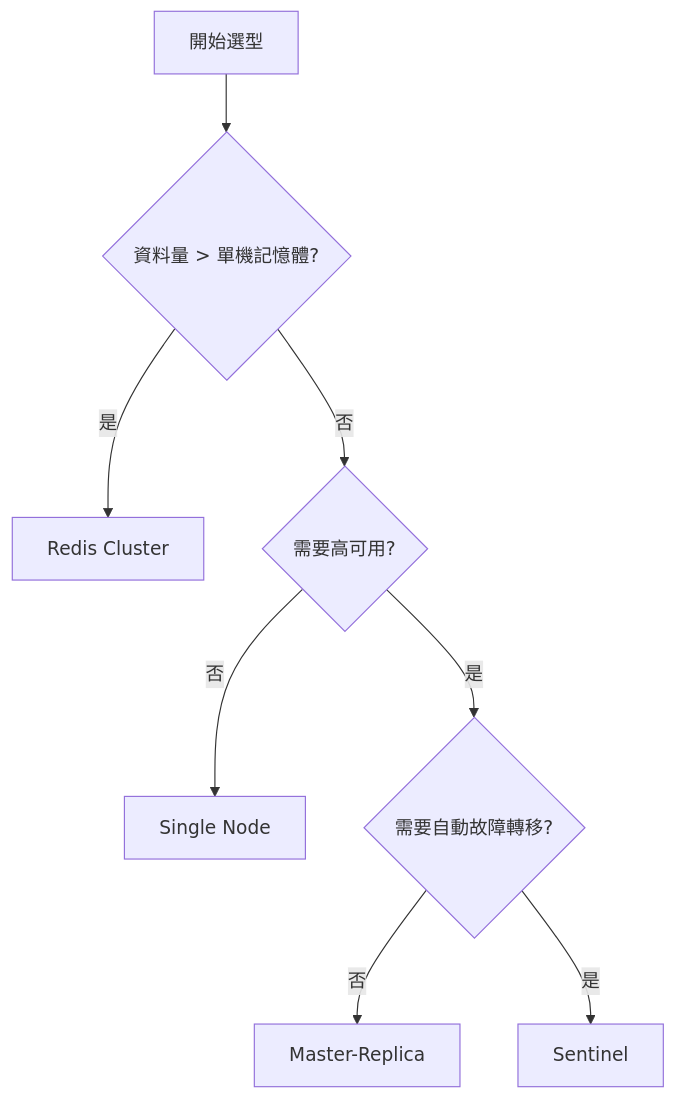
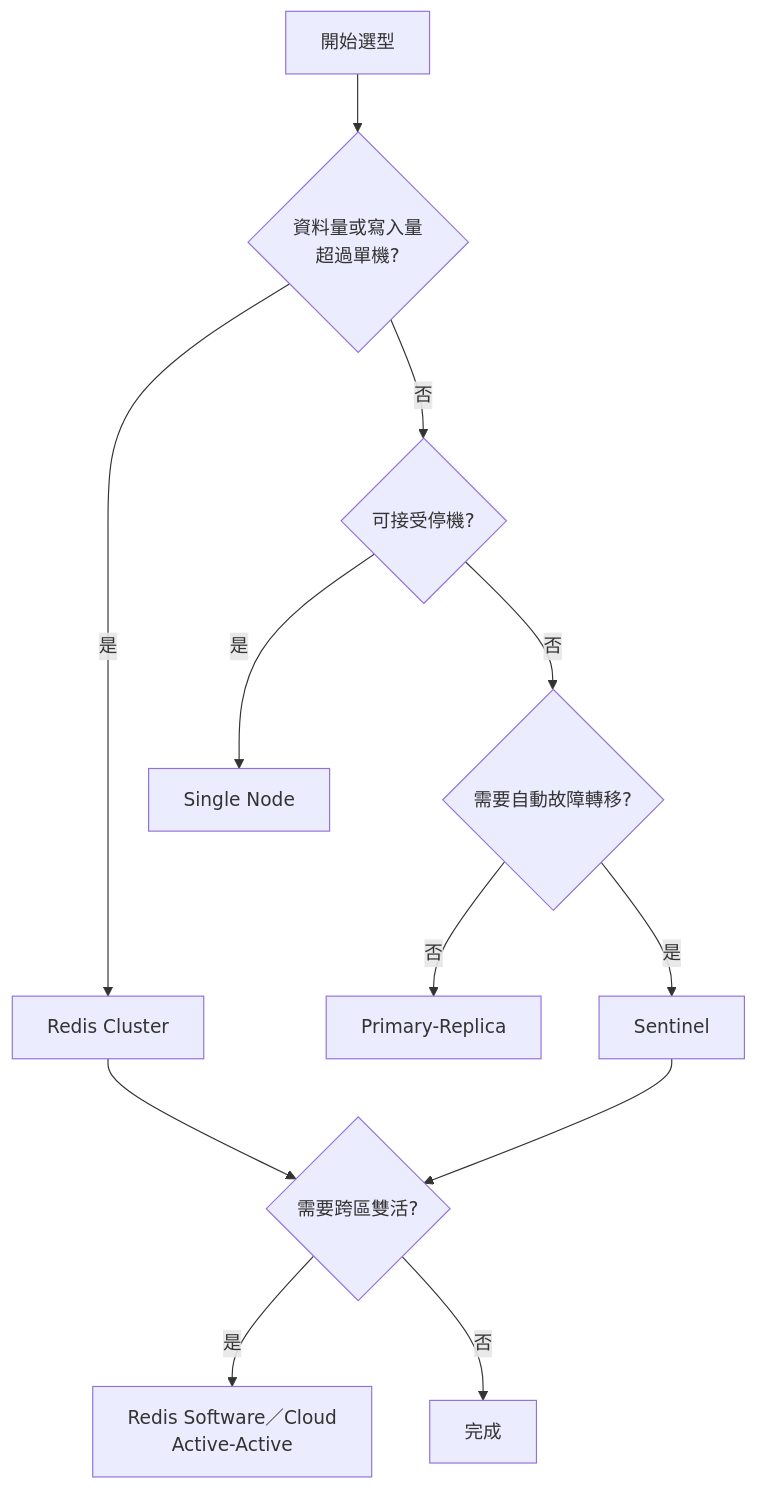
One commit to chihhung/Blog changed the eighth of 30 diagrams in content/posts/教學/工具/Redis教學手冊.md. Above: the diagram before and after it, drawn with Mermaid. The commit also changed other lines of this file and 10 other files, not shown here.

````diff
--- a/content/posts/教學/工具/Redis教學手冊.md
+++ b/content/posts/教學/工具/Redis教學手冊.md
@@ -386,10 +631,14 @@
 ```mermaid
 flowchart TD
-    A[開始選型] --> B{資料量 > 單機記憶體?}
+    A[開始選型] --> B{資料量或寫入量<br/>超過單機?}
     B -->|是| C[Redis Cluster]
-    B -->|否| D{需要高可用?}
-    D -->|否| E[Single Node]
-    D -->|是| F{需要自動故障轉移?}
-    F -->|否| G[Master-Replica]
+    B -->|否| D{可接受停機?}
+    D -->|是| E[Single Node]
+    D -->|否| F{需要自動故障轉移?}
+    F -->|否| G[Primary-Replica]
     F -->|是| H[Sentinel]
+    C --> I{需要跨區雙活?}
+    H --> I
+    I -->|是| J[Redis Software／Cloud<br/>Active-Active]
+    I -->|否| K[完成]
 ```
````
